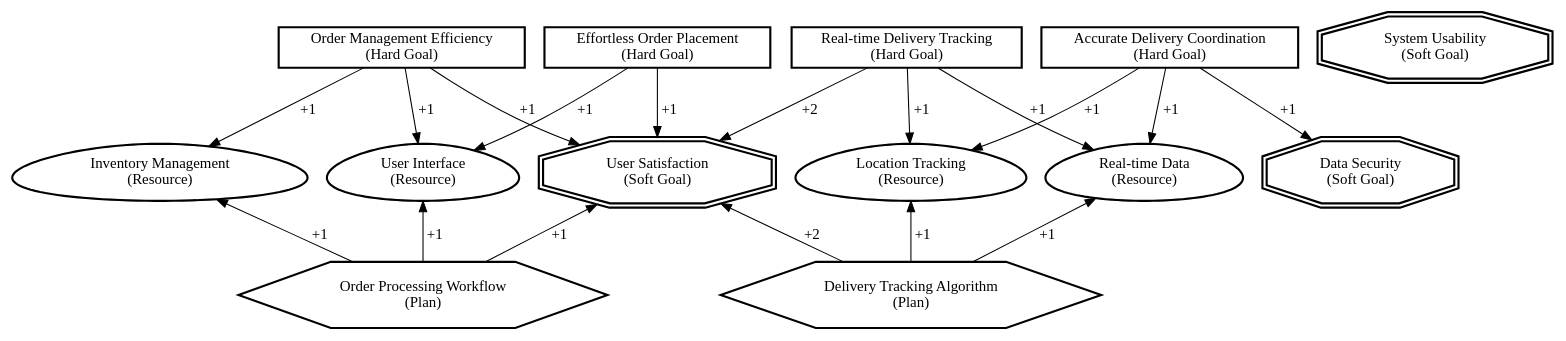
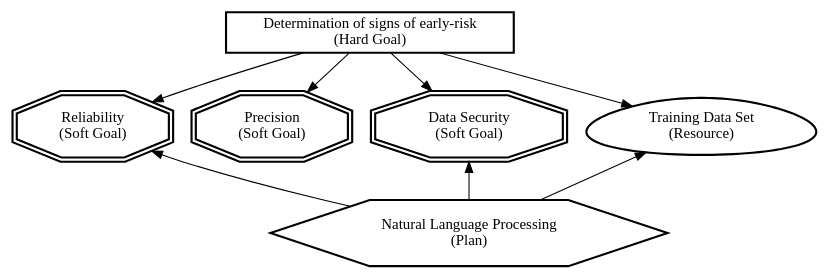
Before and after one commit to MichaelBreau/nlp-mentalhealth: the diagram in docs/SRS-Meyer/models/goals.dot, drawn with Graphviz. The commit also changed 1 other file, not shown here.

```diff
--- a/docs/SRS-Meyer/models/goals.dot
+++ b/docs/SRS-Meyer/models/goals.dot
@@ -1,53 +1,32 @@
 digraph G {
   rankdir=TB; // Arrange nodes from top to bottom
 
   // Hard Goals
   node [shape=rectangle, style=bold];
-  "Effortless Order Placement" [label="Effortless Order Placement\n(Hard Goal)"];
-  "Real-time Delivery Tracking" [label="Real-time Delivery Tracking\n(Hard Goal)"];
-  "Order Management Efficiency" [label="Order Management Efficiency\n(Hard Goal)"];
-  "Accurate Delivery Coordination" [label="Accurate Delivery Coordination\n(Hard Goal)"];
+  "Determination of signs of early-risk" [label="Determination of signs of early-risk\n(Hard Goal)"];
 
   // Soft Goals
   node [shape=doubleoctagon, style=bold];
-  "User Satisfaction" [label="User Satisfaction\n(Soft Goal)"];
-  "System Usability" [label="System Usability\n(Soft Goal)"];
+  "Reliability" [label="Reliability\n(Soft Goal)"];
+  "Precision" [label="Precision\n(Soft Goal)"];
   "Data Security" [label="Data Security\n(Soft Goal)"];
   
   // Resources
   node [shape=egg, style=bold];
-  "User Interface" [label="User Interface\n(Resource)"];
-  "Real-time Data" [label="Real-time Data\n(Resource)"];
-  "Inventory Management" [label="Inventory Management\n(Resource)"];
-  "Location Tracking" [label="Location Tracking\n(Resource)"];
+  "Training Data Set" [label="Training Data Set\n(Resource)"];
 
   // Plans
   node [shape=hexagon, style=bold];
-  "Order Processing Workflow" [label="Order Processing Workflow\n(Plan)"];
-  "Delivery Tracking Algorithm" [label="Delivery Tracking Algorithm\n(Plan)"];
+  "Natural Language Processing" [label="Natural Language Processing\n(Plan)"];
 
   // Relationships with contributions
-  "Effortless Order Placement" -> "User Satisfaction" [label="+1"];
-  "Effortless Order Placement" -> "User Interface" [label="+1"];
-  
-  "Real-time Delivery Tracking" -> "Real-time Data" [label="+1"];
-  "Real-time Delivery Tracking" -> "Location Tracking" [label="+1"];
-  "Real-time Delivery Tracking" -> "User Satisfaction" [label="+2"];
 
-  "Order Management Efficiency" -> "User Satisfaction" [label="+1"];
-  "Order Management Efficiency" -> "User Interface" [label="+1"];
-  "Order Management Efficiency" -> "Inventory Management" [label="+1"];
+  "Determination of signs of early-risk" -> "Training Data Set" [label=""];
+  "Determination of signs of early-risk" -> "Data Security" [label=""];
+  "Determination of signs of early-risk" -> "Reliability" [label=""];
+  "Determination of signs of early-risk" -> "Precision" [label=""];
 
-  "Accurate Delivery Coordination" -> "Real-time Data" [label="+1"];
-  "Accurate Delivery Coordination" -> "Location Tracking" [label="+1"];
-  "Accurate Delivery Coordination" -> "Data Security" [label="+1"];
-
-  "User Satisfaction" -> "Order Processing Workflow" [dir=back,label="+1"];
-  "User Interface" -> "Order Processing Workflow" [dir=back,label="+1"];
-  "Inventory Management" -> "Order Processing Workflow" [dir=back,label="+1"];
-
-
-  "Real-time Data" -> "Delivery Tracking Algorithm" [dir=back,label="+1"];
-  "Location Tracking" -> "Delivery Tracking Algorithm" [dir=back,label="+1"];
-  "User Satisfaction" -> "Delivery Tracking Algorithm" [dir=back,label="+2"];
+  "Training Data Set" -> "Natural Language Processing" [dir=back,label=""];
+  "Data Security" -> "Natural Language Processing" [dir=back,label=""];
+  "Reliability" -> "Natural Language Processing" [dir=back,label=""];
 }
```
